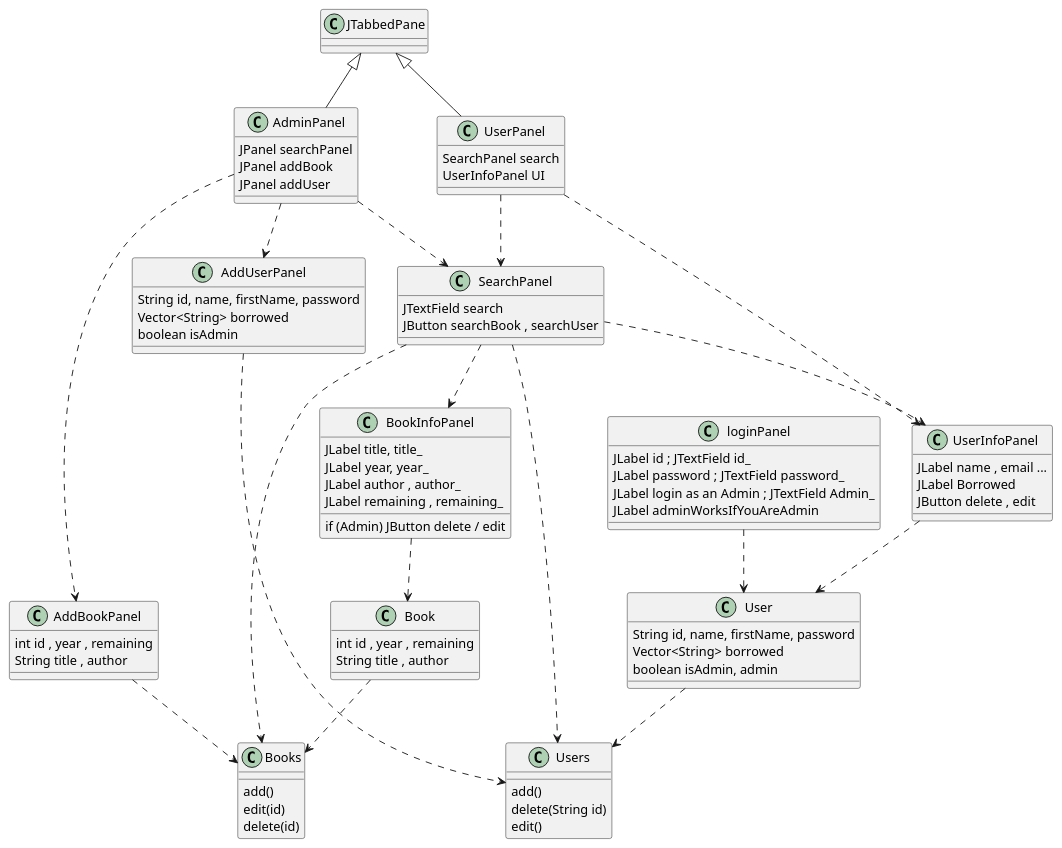
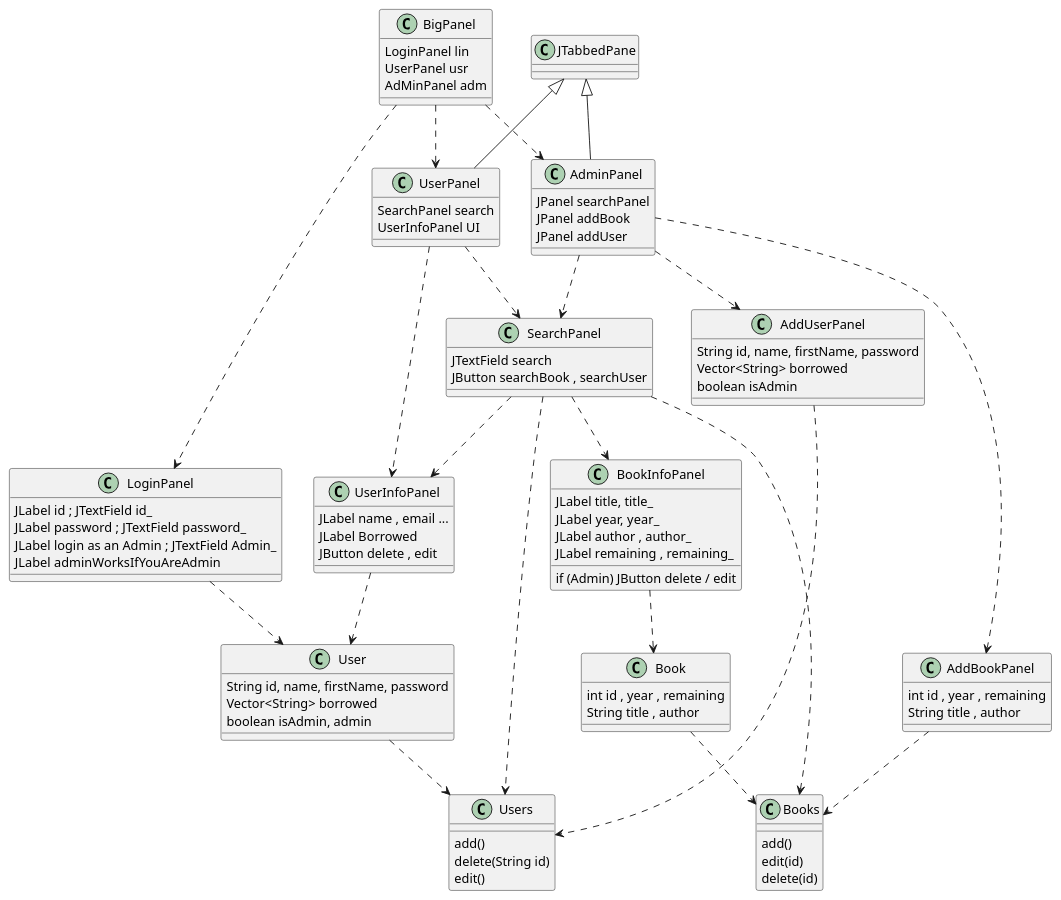
One commit to DiorAdam/LibraryManager changed the diagram in Modelisation/GuiClass.puml. Above: the diagram before and after it, drawn with PlantUML.

Commit message:
BigPanel using CardLayout to switch from LoginPanel to UserPanel or AdminPanel after login

```diff
--- a/Modelisation/GuiClass.puml
+++ b/Modelisation/GuiClass.puml
@@ -1,108 +1,118 @@
 @startuml
 
-class loginPanel{
+class LoginPanel{
     JLabel id ; JTextField id_
     JLabel password ; JTextField password_
     JLabel login as an Admin ; JTextField Admin_
     JLabel adminWorksIfYouAreAdmin
 }
 
-loginPanel ..> User
+LoginPanel ..> User
 
 class User{
     String id, name, firstName, password
     Vector<String> borrowed
     boolean isAdmin, admin
     /'isAdmin is from the DB while admin says if
       the user is logged in as an admin '/
 }
 
 User ..> Users
 
 class Users{
     add()
     delete(String id)
     edit()
 }
 
 class UserInfoPanel{
     JLabel name , email ...
     JLabel Borrowed
     JButton delete , edit
 }
 
 UserInfoPanel ..> User
 
 class UserPanel extends JTabbedPane{
 
     SearchPanel search
     UserInfoPanel UI
 
 }
 
 UserPanel ..> UserInfoPanel
 UserPanel ..> SearchPanel
 
 
 class SearchPanel{
     JTextField search
     JButton searchBook , searchUser
 }
 
 SearchPanel ..> Books
 SearchPanel ..> Users
 SearchPanel ..> UserInfoPanel
 SearchPanel ..> BookInfoPanel
 
 class BookInfoPanel{
     JLabel title, title_
     JLabel year, year_
     JLabel author , author_
     JLabel remaining , remaining_
     if (Admin) JButton delete / edit
 }
 
 BookInfoPanel ..> Book
 
 class Book{
     int id , year , remaining
     String title , author
 }
 
 Book ..> Books
 
 
 class AdminPanel extends JTabbedPane{
     JPanel searchPanel
     JPanel addBook
     JPanel addUser
 }
 
 AdminPanel ..> AddBookPanel
 AdminPanel ..> AddUserPanel
 AdminPanel ..> SearchPanel
 
 class AddBookPanel {
     int id , year , remaining
     String title , author
 }
 
 AddBookPanel ..> Books
 
 class AddUserPanel{
     String id, name, firstName, password
     Vector<String> borrowed
     boolean isAdmin
 }
 
 AddUserPanel ..> Users
 
 
 class Books{
     add()
     edit(id)
     delete(id)
 }
 
+class BigPanel{
+    LoginPanel lin
+    UserPanel usr
+    AdMinPanel adm
+
+}
+BigPanel ..> LoginPanel
+BigPanel ..> UserPanel
+BigPanel ..> AdminPanel
+
 
 @enduml
```
